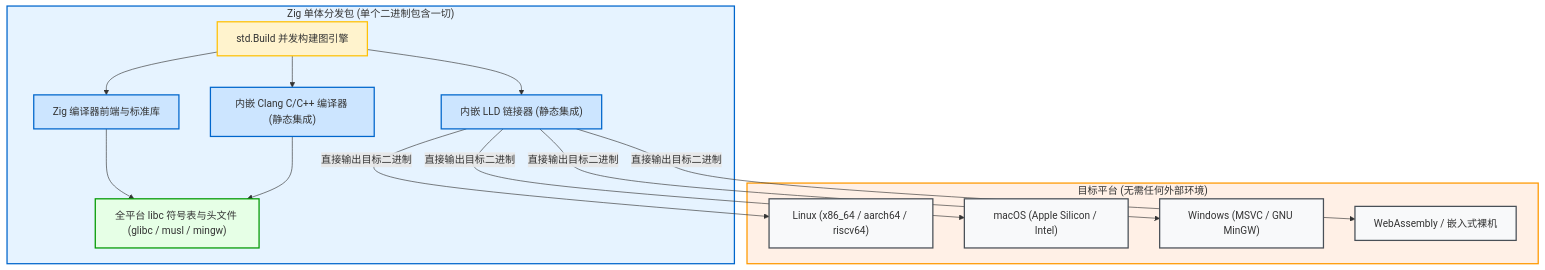
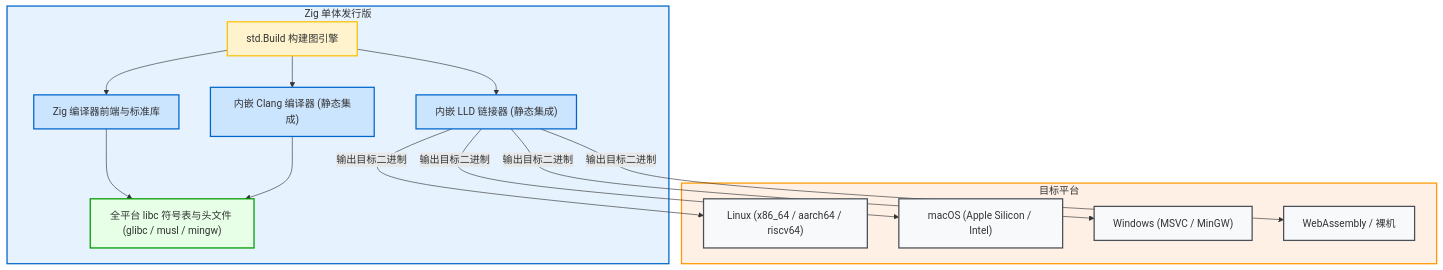
The second of 2 diagrams in src/part1/zig-build-philosophy.md (jiacai2050/zig-build), drawn with Mermaid before and after one commit. The commit also changed other lines of this file and 23 other files, not shown here.

````diff
--- a/src/part1/zig-build-philosophy.md
+++ b/src/part1/zig-build-philosophy.md
@@ -53,41 +53,41 @@
 ```mermaid
 graph TD
-    subgraph S_ZigDist ["Zig 单体分发包 (单个二进制包含一切)"]
+    subgraph S_ZigDist ["Zig 单体发行版"]
         Z_Frontend["Zig 编译器前端与标准库"]
-        Z_Clang["内嵌 Clang C/C++ 编译器 (静态集成)"]
+        Z_Clang["内嵌 Clang 编译器 (静态集成)"]
         Z_LLD["内嵌 LLD 链接器 (静态集成)"]
         Z_Libc["全平台 libc 符号表与头文件 (glibc / musl / mingw)"]
-        Z_Engine["std.Build 并发构建图引擎"]
+        Z_Engine["std.Build 构建图引擎"]
     end
 
-    subgraph S_Targets ["目标平台 (无需任何外部环境)"]
+    subgraph S_Targets ["目标平台"]
         T1["Linux (x86_64 / aarch64 / riscv64)"]
         T2["macOS (Apple Silicon / Intel)"]
-        T3["Windows (MSVC / GNU MinGW)"]
-        T4["WebAssembly / 嵌入式裸机"]
+        T3["Windows (MSVC / MinGW)"]
+        T4["WebAssembly / 裸机"]
     end
 
     Z_Engine --> Z_Frontend
     Z_Engine --> Z_Clang
     Z_Engine --> Z_LLD
     Z_Frontend --> Z_Libc
     Z_Clang --> Z_Libc
 
-    Z_LLD -- "直接输出目标二进制" --> T1
-    Z_LLD -- "直接输出目标二进制" --> T2
-    Z_LLD -- "直接输出目标二进制" --> T3
-    Z_LLD -- "直接输出目标二进制" --> T4
+    Z_LLD -- "输出目标二进制" --> T1
+    Z_LLD -- "输出目标二进制" --> T2
+    Z_LLD -- "输出目标二进制" --> T3
+    Z_LLD -- "输出目标二进制" --> T4
 
     classDef default fill:#f8f9fa,stroke:#495057;
     style S_ZigDist fill:#e6f3ff,stroke:#0066cc,stroke-width:2px;
     style S_Targets fill:#fff0e6,stroke:#ff9900,stroke-width:2px;
     style Z_Frontend fill:#cce5ff,stroke:#0066cc,stroke-width:2px;
     style Z_Clang fill:#cce5ff,stroke:#0066cc,stroke-width:2px;
     style Z_LLD fill:#cce5ff,stroke:#0066cc,stroke-width:2px;
     style Z_Libc fill:#e6ffe6,stroke:#009900,stroke-width:2px;
     style Z_Engine fill:#fff3cd,stroke:#ffc107,stroke-width:2px;
     style T1 fill:#f8f9fa,stroke:#495057,stroke-width:2px;
     style T2 fill:#f8f9fa,stroke:#495057,stroke-width:2px;
     style T3 fill:#f8f9fa,stroke:#495057,stroke-width:2px;
     style T4 fill:#f8f9fa,stroke:#495057,stroke-width:2px;
 ```
````
